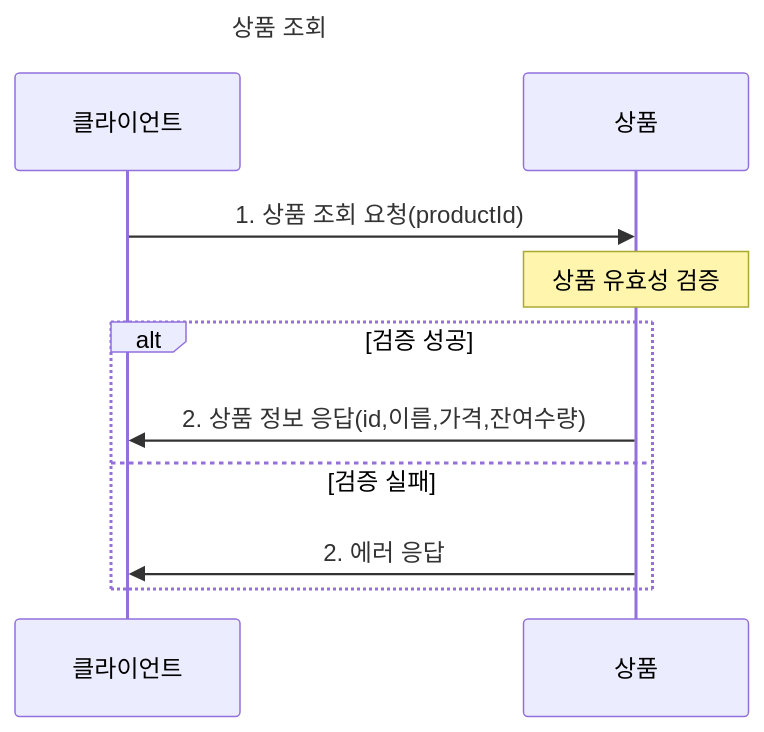
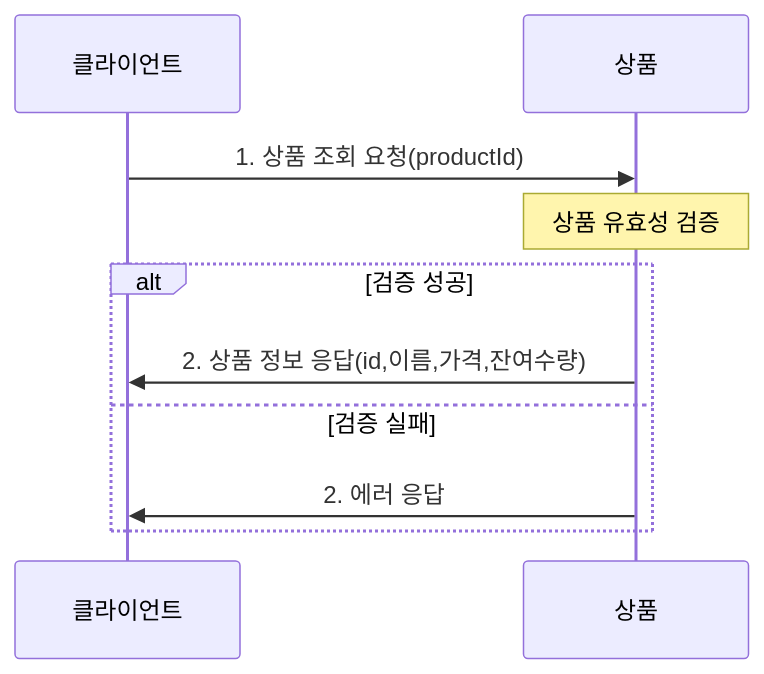
The third of 11 diagrams in test.md (ynyejn/lecture-manage-system), drawn with Mermaid before and after one commit. The commit also changed other lines of this file, not shown here.

````diff
--- a/test.md
+++ b/test.md
@@ -46,15 +44,14 @@
 ```mermaid
 sequenceDiagram
-    title: 상품 조회
     participant Client as 클라이언트
     participant ProductSystem as 상품
     
     Client->>ProductSystem: 1. 상품 조회 요청(productId)
     Note over ProductSystem: 상품 유효성 검증
     
     alt 검증 성공
         ProductSystem->>Client: 2. 상품 정보 응답(id,이름,가격,잔여수량)
     else 검증 실패
         ProductSystem->>Client: 2. 에러 응답
     end
 ```
````
